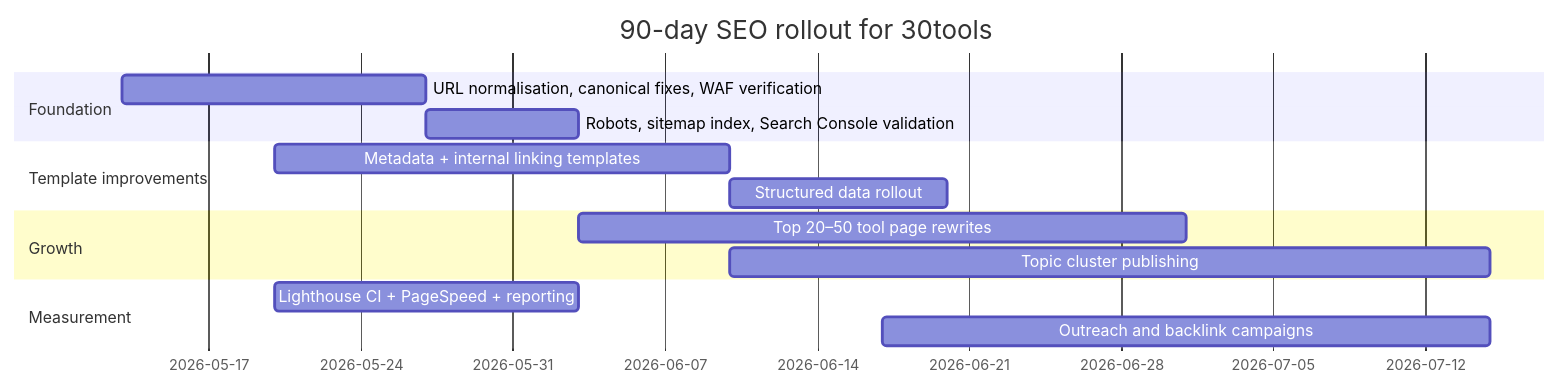
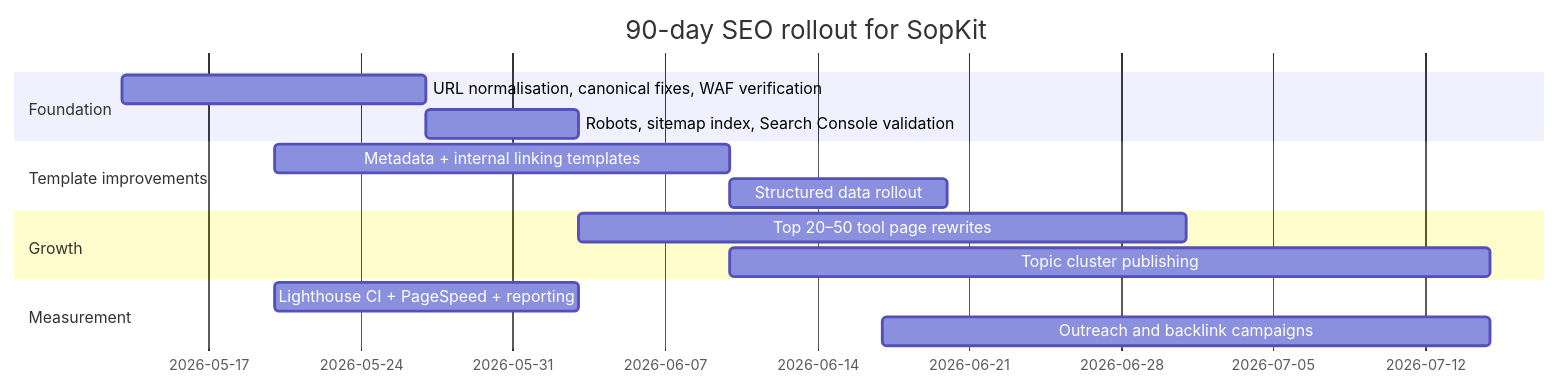
Before and after one commit to SopKit/sopkit.github.io: the diagram in docs/deep-research-report (1).md, drawn with Mermaid. The commit also changed other lines of this file and 569 other files, not shown here.

````diff
--- a/docs/deep-research-report (1).md
+++ b/docs/deep-research-report (1).md
@@ -126,17 +126,17 @@
 ```mermaid
 gantt
-    title 90-day SEO rollout for 30tools
+    title 90-day SEO rollout for SopKit
     dateFormat  YYYY-MM-DD
     section Foundation
     URL normalisation, canonical fixes, WAF verification :a1, 2026-05-13, 14d
     Robots, sitemap index, Search Console validation     :a2, after a1, 7d
     section Template improvements
     Metadata + internal linking templates                :b1, 2026-05-20, 21d
     Structured data rollout                              :b2, after b1, 10d
     section Growth
     Top 20–50 tool page rewrites                         :c1, 2026-06-03, 28d
     Topic cluster publishing                             :c2, 2026-06-10, 35d
     section Measurement
     Lighthouse CI + PageSpeed + reporting                :d1, 2026-05-20, 14d
     Outreach and backlink campaigns                      :d2, 2026-06-17, 28d
 ```
````
